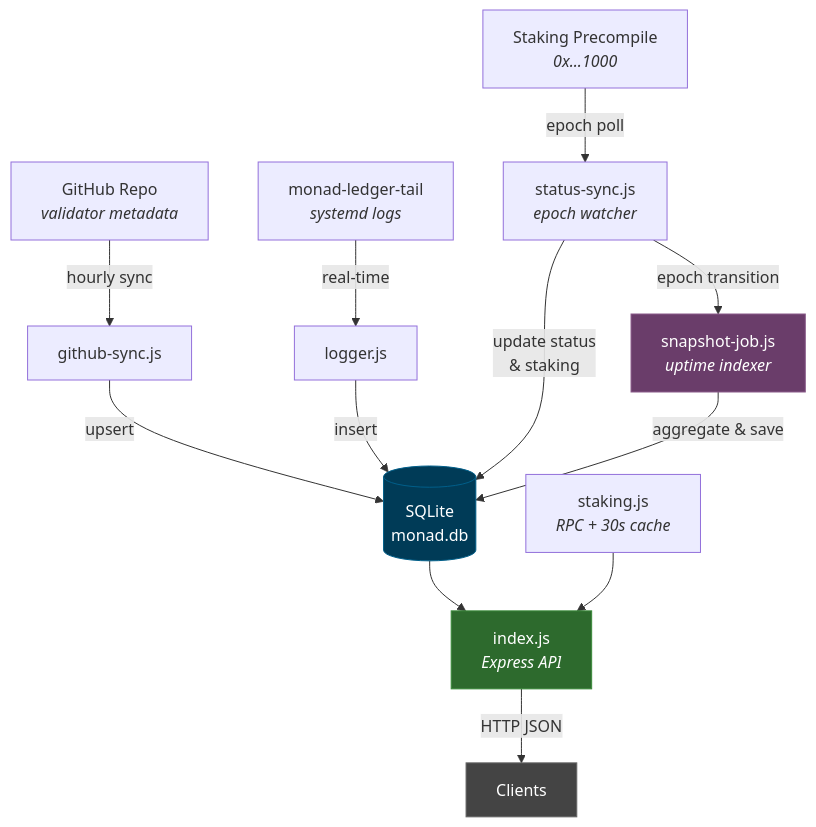
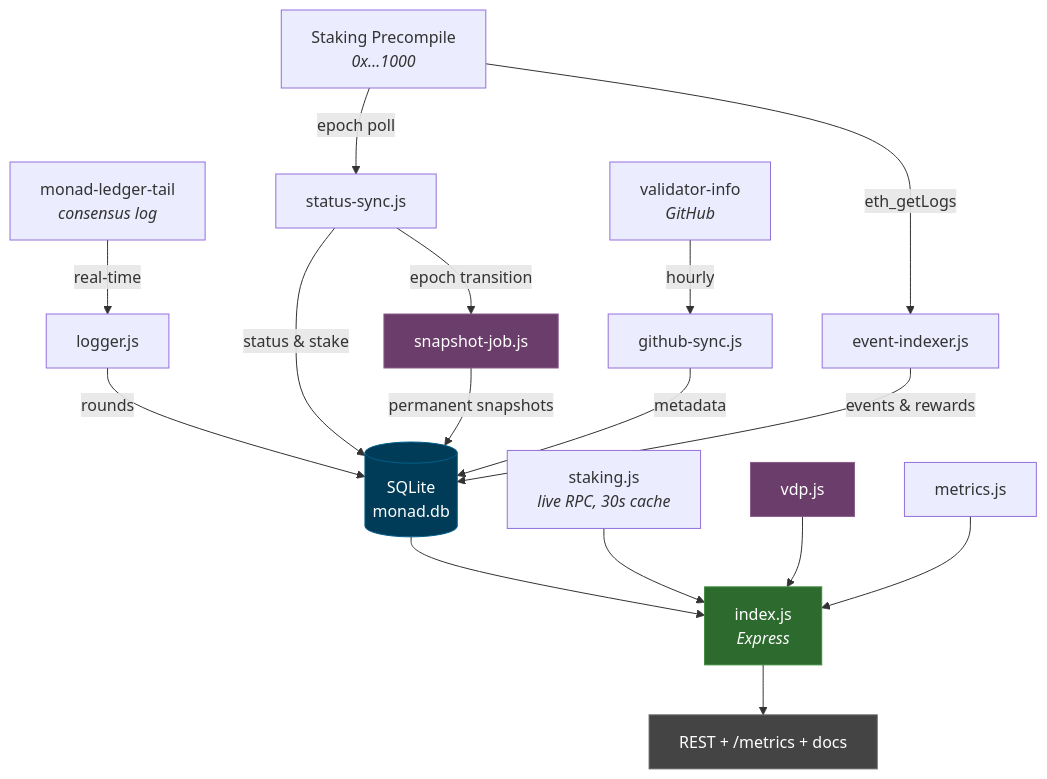
Before and after one commit to s0urledd/monad-validator-api: the first of 2 diagrams in README.md, drawn with Mermaid. The commit also changed other lines of this file, not shown here.

````diff
--- a/README.md
+++ b/README.md
@@ -23,23 +36,28 @@
 ```mermaid
 graph TD
-    GH[GitHub Repo<br><i>validator metadata</i>] -->|hourly sync| GS[github-sync.js]
-    ML[monad-ledger-tail<br><i>systemd logs</i>] -->|real-time| LG[logger.js]
-    SP[Staking Precompile<br><i>0x...1000</i>] -->|epoch poll| SS[status-sync.js<br><i>epoch watcher</i>]
+    ML[monad-ledger-tail<br><i>consensus log</i>] -->|real-time| LG[logger.js]
+    SP[Staking Precompile<br><i>0x…1000</i>] -->|epoch poll| SS[status-sync.js]
+    SP -->|eth_getLogs| EI[event-indexer.js]
+    GH[validator-info<br><i>GitHub</i>] -->|hourly| GS[github-sync.js]
 
-    GS -->|upsert| DB[(SQLite<br>monad.db)]
-    LG -->|insert| DB
-    SS -->|update status<br>& staking| DB
+    LG -->|rounds| DB[(SQLite<br>monad.db)]
+    SS -->|status & stake| DB
+    EI -->|events & rewards| DB
+    GS -->|metadata| DB
 
-    SS -->|epoch transition| SJ[snapshot-job.js<br><i>uptime indexer</i>]
-    SJ -->|aggregate & save| DB
+    SS -->|epoch transition| SJ[snapshot-job.js]
+    SJ -->|permanent snapshots| DB
 
-    DB --> IX[index.js<br><i>Express API</i>]
-    ST[staking.js<br><i>RPC + 30s cache</i>] --> IX
+    DB --> IX[index.js<br><i>Express</i>]
+    ST[staking.js<br><i>live RPC, 30s cache</i>] --> IX
+    VD[vdp.js] --> IX
+    MT[metrics.js] --> IX
 
-    IX -->|HTTP JSON| CL[Clients]
+    IX --> API[REST + /metrics + docs]
 
     style DB fill:#003B57,stroke:#005f8a,color:#fff
     style IX fill:#2d6a2d,stroke:#3a8a3a,color:#fff
     style SJ fill:#6a3d6a,stroke:#8a5a8a,color:#fff
-    style CL fill:#444,stroke:#666,color:#fff
+    style VD fill:#6a3d6a,stroke:#8a5a8a,color:#fff
+    style API fill:#444,stroke:#666,color:#fff
 ```
````
